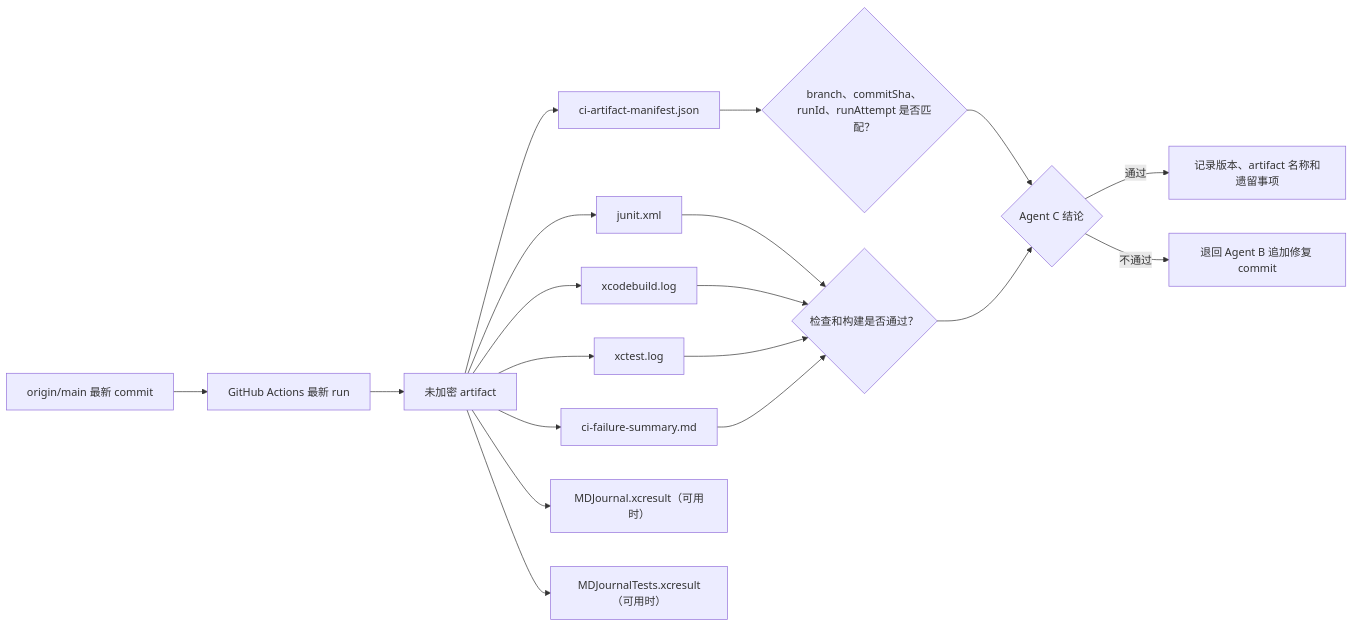
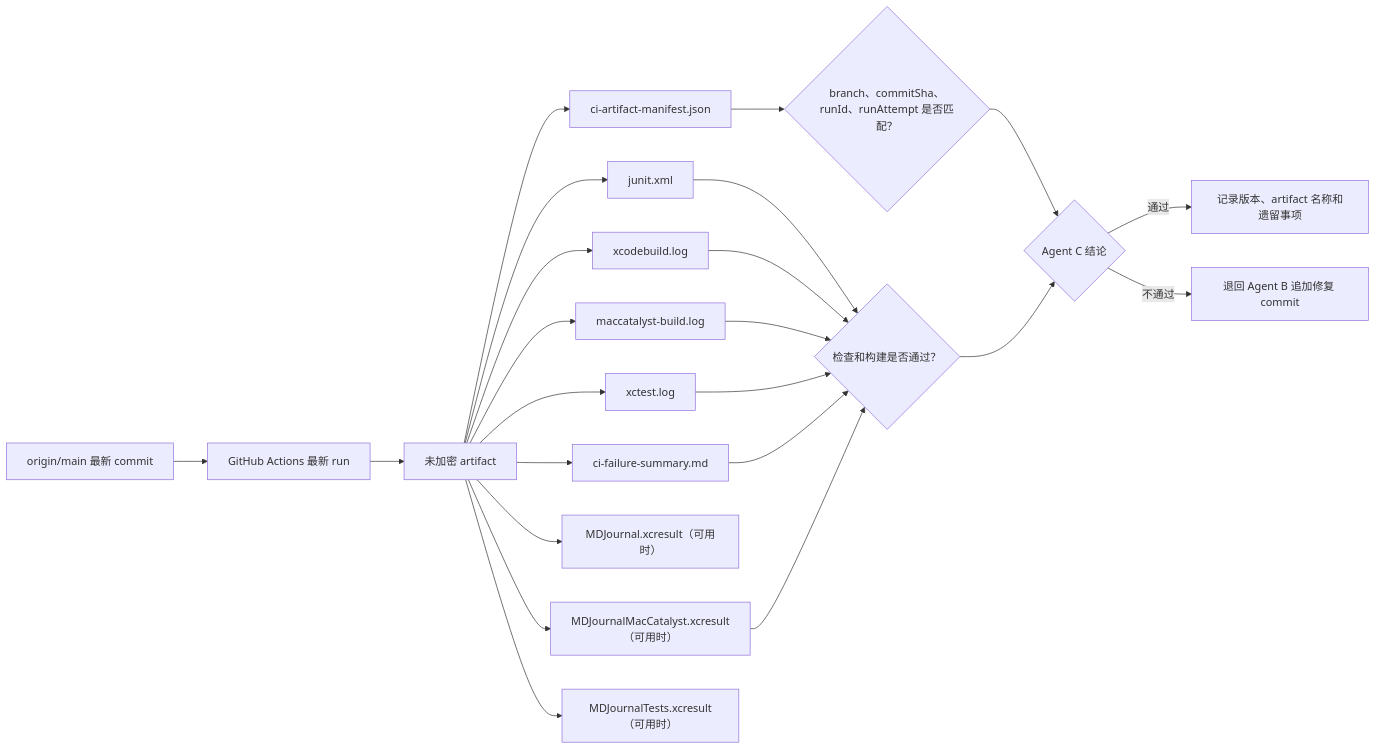
One commit to Altman-sam114/117 changed the fifth of 5 diagrams in md/flow/flowchart.md. Above: the diagram before and after it, drawn with Mermaid. The commit also changed other lines of this file and 9 other files, not shown here.

Commit message:
v0.6 启用 Mac Catalyst 构建

````diff
--- a/md/flow/flowchart.md
+++ b/md/flow/flowchart.md
@@ -127,21 +128,25 @@
 ```mermaid
 flowchart LR
   OriginMain["origin/main 最新 commit"] --> Run["GitHub Actions 最新 run"]
   Run --> Artifact["未加密 artifact"]
   Artifact --> Manifest["ci-artifact-manifest.json"]
   Artifact --> JUnit["junit.xml"]
   Artifact --> BuildLog["xcodebuild.log"]
+  Artifact --> CatalystLog["maccatalyst-build.log"]
   Artifact --> TestLog["xctest.log"]
   Artifact --> Summary["ci-failure-summary.md"]
   Artifact --> XCResult["MDJournal.xcresult（可用时）"]
+  Artifact --> CatalystResult["MDJournalMacCatalyst.xcresult（可用时）"]
   Artifact --> TestResult["MDJournalTests.xcresult（可用时）"]
   Manifest --> Match{"branch、commitSha、runId、runAttempt 是否匹配？"}
   JUnit --> Outcome{"检查和构建是否通过？"}
   BuildLog --> Outcome
+  CatalystLog --> Outcome
   TestLog --> Outcome
   Summary --> Outcome
+  CatalystResult --> Outcome
   Match --> Accept{"Agent C 结论"}
   Outcome --> Accept
   Accept -- "通过" --> Record["记录版本、artifact 名称和遗留事项"]
   Accept -- "不通过" --> Repair["退回 Agent B 追加修复 commit"]
 ```
````
